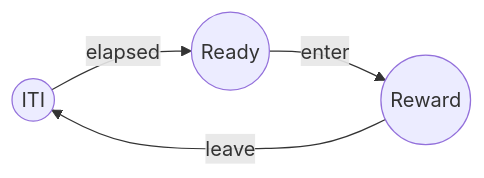
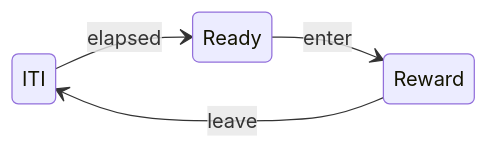
One commit to bonsai-rx/docs changed the third of 3 diagrams in tutorials/state-machines.md. Above: the diagram before and after it, drawn with Mermaid. The commit also changed other lines of this file and 3 other files, not shown here.

Commit message:
Minor SVG and mermaid diagram fixes

````diff
--- a/tutorials/state-machines.md
+++ b/tutorials/state-machines.md
@@ -191,8 +184,7 @@
 ```mermaid
-flowchart LR
-    id1((ITI))
-    id2((Ready))
-    id3((Reward))
-    id3 --> |leave| id1
-    id1 --> |elapsed| id2 --> |enter| id3
+stateDiagram-v2
+    direction LR
+    ITI --> Ready: elapsed
+    Ready --> Reward: enter
+    Reward --> ITI: leave
 ```
````
